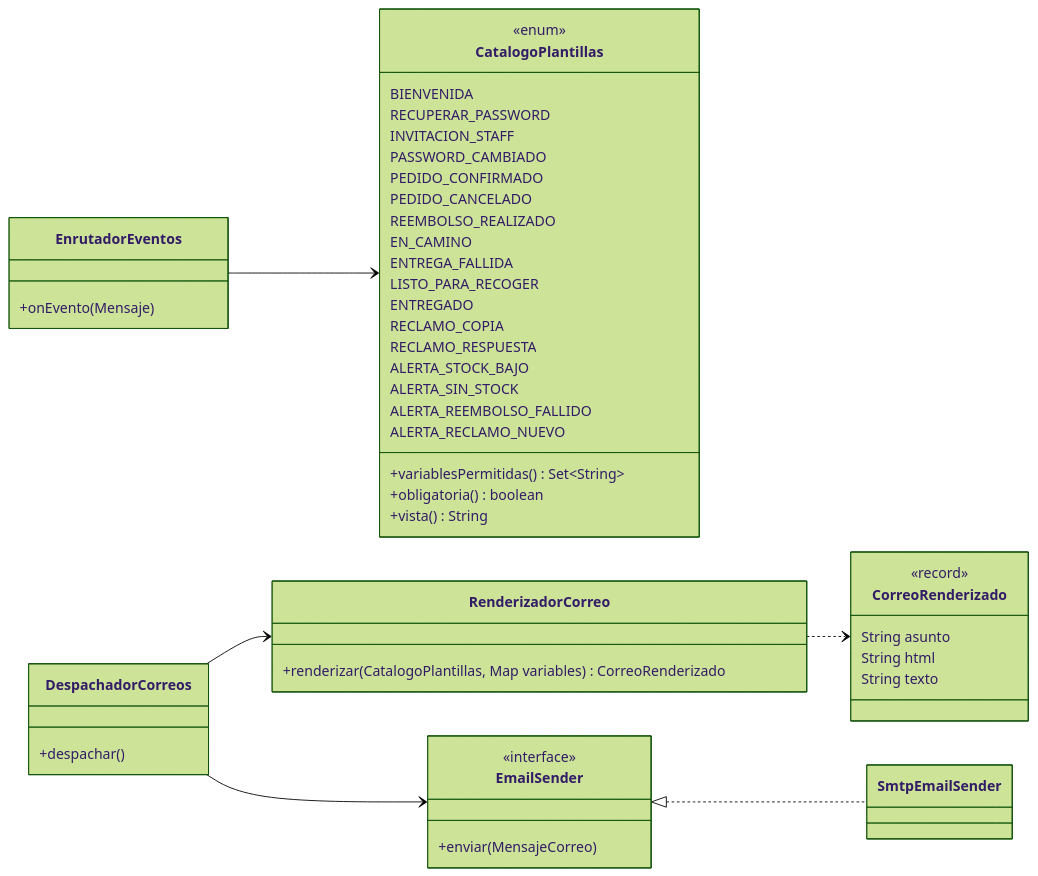
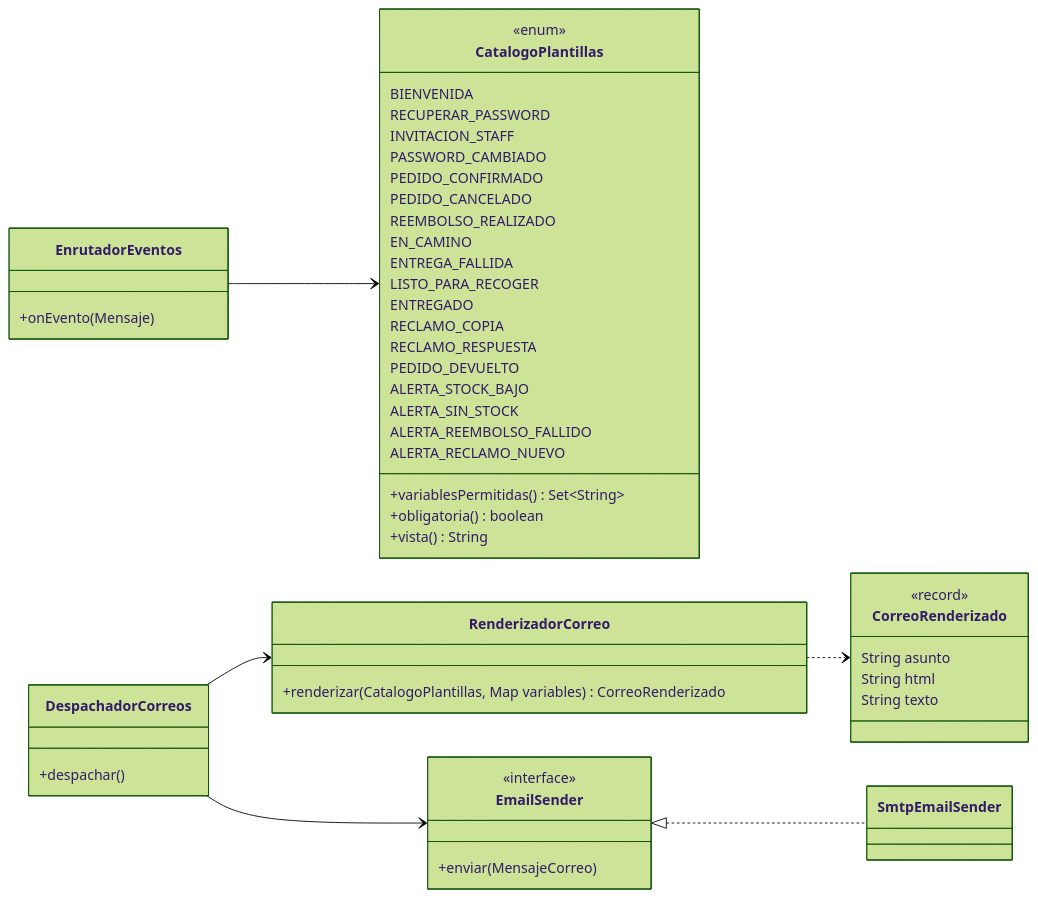
Before and after one commit to cazabacheg/fitstore: the fourth of 4 diagrams in docs/analisis/micro/notification-service.md, drawn with Mermaid (forest theme). The commit also changed other lines of this file and 14 other files, not shown here.

````diff
--- a/docs/analisis/micro/notification-service.md
+++ b/docs/analisis/micro/notification-service.md
@@ -330,52 +332,53 @@
 ```mermaid
 classDiagram
     direction LR
     class EnrutadorEventos {
         +onEvento(Mensaje)
     }
     class CatalogoPlantillas {
         <<enum>>
         BIENVENIDA
         RECUPERAR_PASSWORD
         INVITACION_STAFF
         PASSWORD_CAMBIADO
         PEDIDO_CONFIRMADO
         PEDIDO_CANCELADO
         REEMBOLSO_REALIZADO
         EN_CAMINO
         ENTREGA_FALLIDA
         LISTO_PARA_RECOGER
         ENTREGADO
         RECLAMO_COPIA
         RECLAMO_RESPUESTA
+        PEDIDO_DEVUELTO
         ALERTA_STOCK_BAJO
         ALERTA_SIN_STOCK
         ALERTA_REEMBOLSO_FALLIDO
         ALERTA_RECLAMO_NUEVO
         +variablesPermitidas() Set~String~
         +obligatoria() boolean
         +vista() String
     }
     class RenderizadorCorreo {
         +renderizar(CatalogoPlantillas, Map variables) CorreoRenderizado
     }
     class CorreoRenderizado {
         <<record>>
         String asunto
         String html
         String texto
     }
     class EmailSender {
         <<interface>>
         +enviar(MensajeCorreo)
     }
     class SmtpEmailSender
     class DespachadorCorreos {
         +despachar()
     }
     EnrutadorEventos --> CatalogoPlantillas
     DespachadorCorreos --> RenderizadorCorreo
     DespachadorCorreos --> EmailSender
     EmailSender <|.. SmtpEmailSender
     RenderizadorCorreo ..> CorreoRenderizado
 ```
````
